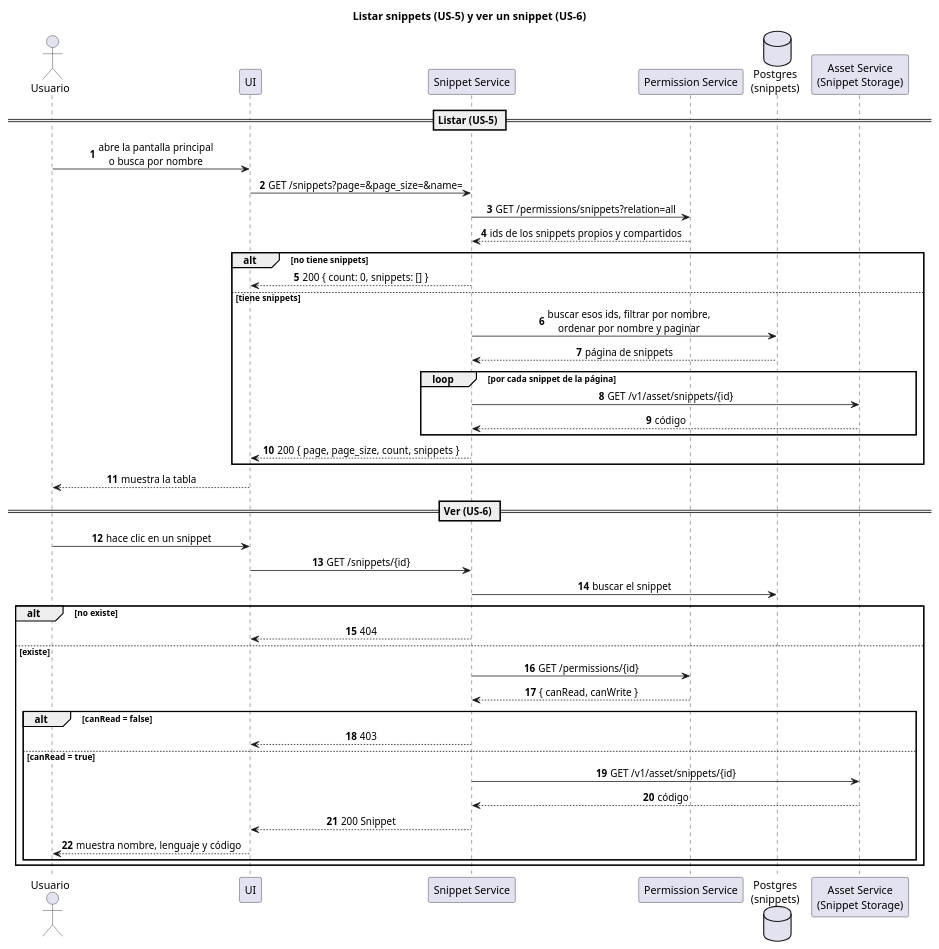
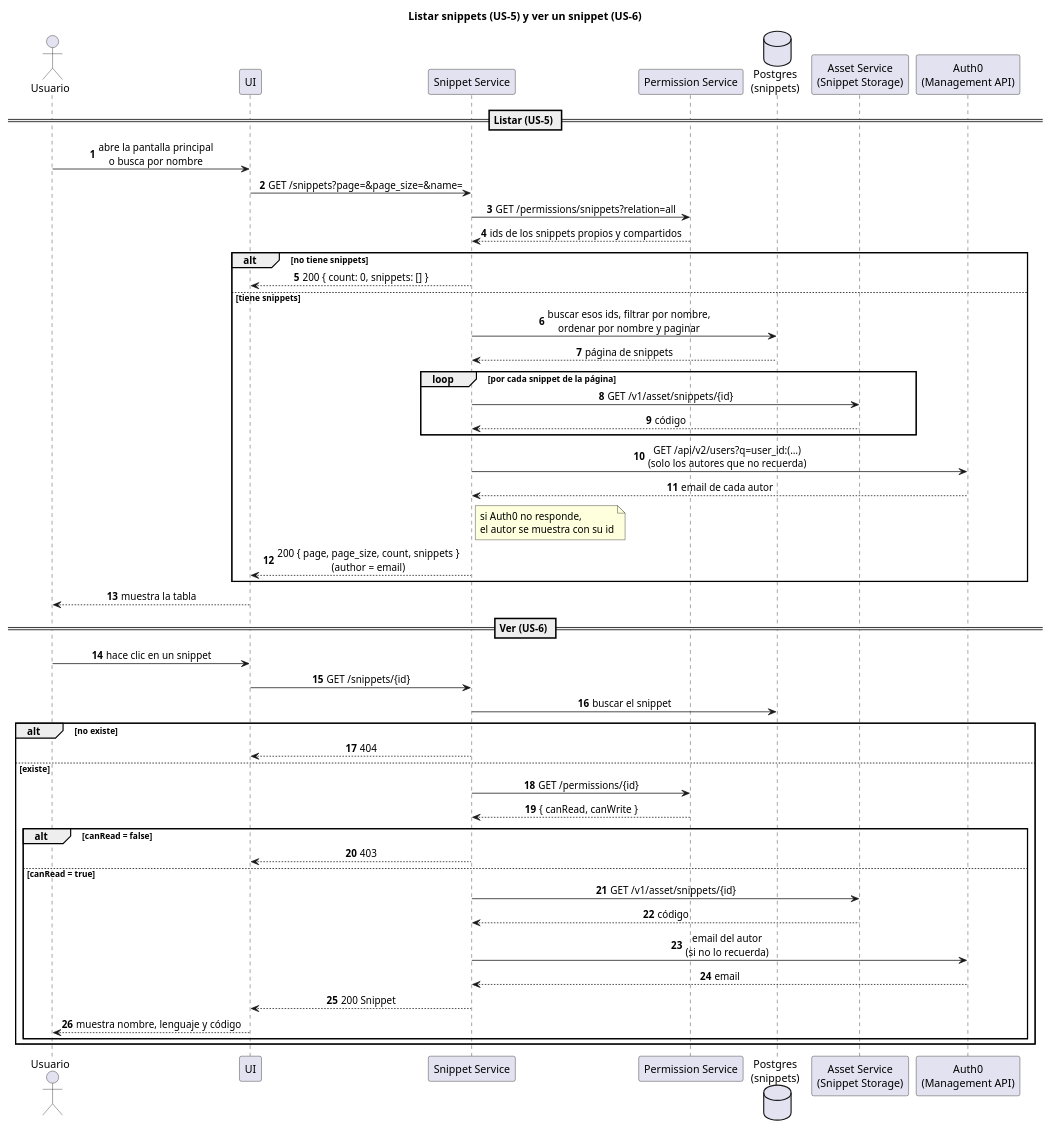
One commit to MartinaCousido/SnippetSearcher changed the diagram in docs/diagramas/flujos/secuencia-listar-y-ver-snippet.puml. Above: the diagram before and after it, drawn with PlantUML. The commit also changed 20 other files, not shown here.

First line of the commit message:
feat(snippets): busca usuarios en Auth0 y muestra el email del autor

```diff
--- a/docs/diagramas/flujos/secuencia-listar-y-ver-snippet.puml
+++ b/docs/diagramas/flujos/secuencia-listar-y-ver-snippet.puml
@@ -1,51 +1,58 @@
 @startuml secuencia-listar-y-ver-snippet
 ' Listar los snippets (US-5) y ver uno (US-6). Implementado en #35 y #37.
+' El email del autor sale de Auth0 (módulo User, #57).
 
 title Listar snippets (US-5) y ver un snippet (US-6)
 autonumber
 skinparam sequenceMessageAlign center
 
 actor Usuario
 participant UI
 participant "Snippet Service" as S
 participant "Permission Service" as P
 database "Postgres\n(snippets)" as DB
 participant "Asset Service\n(Snippet Storage)" as ST
+participant "Auth0\n(Management API)" as A
 
 == Listar (US-5) ==
 Usuario -> UI : abre la pantalla principal\no busca por nombre
 UI -> S : GET /snippets?page=&page_size=&name=
 S -> P : GET /permissions/snippets?relation=all
 P --> S : ids de los snippets propios y compartidos
 alt no tiene snippets
   S --> UI : 200 { count: 0, snippets: [] }
 else tiene snippets
   S -> DB : buscar esos ids, filtrar por nombre,\nordenar por nombre y paginar
   DB --> S : página de snippets
   loop por cada snippet de la página
     S -> ST : GET /v1/asset/snippets/{id}
     ST --> S : código
   end
-  S --> UI : 200 { page, page_size, count, snippets }
+  S -> A : GET /api/v2/users?q=user_id:(…)\n(solo los autores que no recuerda)
+  A --> S : email de cada autor
+  note right of S : si Auth0 no responde,\nel autor se muestra con su id
+  S --> UI : 200 { page, page_size, count, snippets }\n(author = email)
 end
 UI --> Usuario : muestra la tabla
 
 == Ver (US-6) ==
 Usuario -> UI : hace clic en un snippet
 UI -> S : GET /snippets/{id}
 S -> DB : buscar el snippet
 alt no existe
   S --> UI : 404
 else existe
   S -> P : GET /permissions/{id}
   P --> S : { canRead, canWrite }
   alt canRead = false
     S --> UI : 403
   else canRead = true
     S -> ST : GET /v1/asset/snippets/{id}
     ST --> S : código
+    S -> A : email del autor\n(si no lo recuerda)
+    A --> S : email
     S --> UI : 200 Snippet
     UI --> Usuario : muestra nombre, lenguaje y código
   end
 end
 @enduml
```
